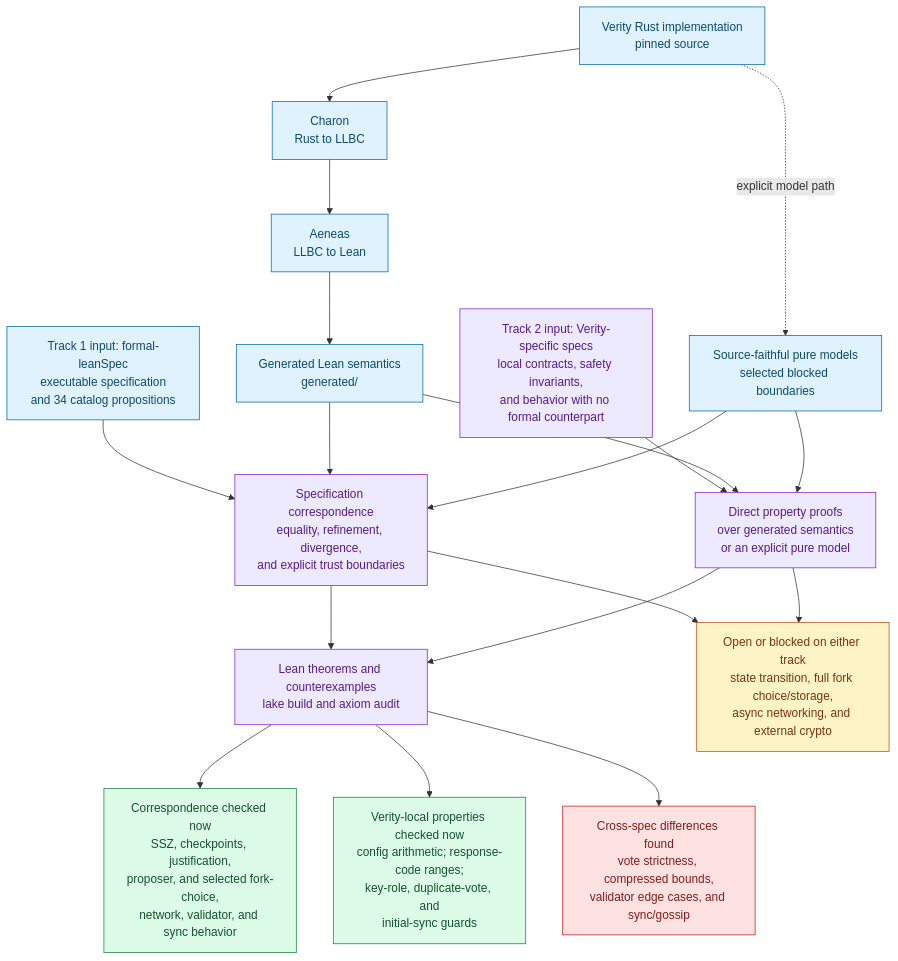
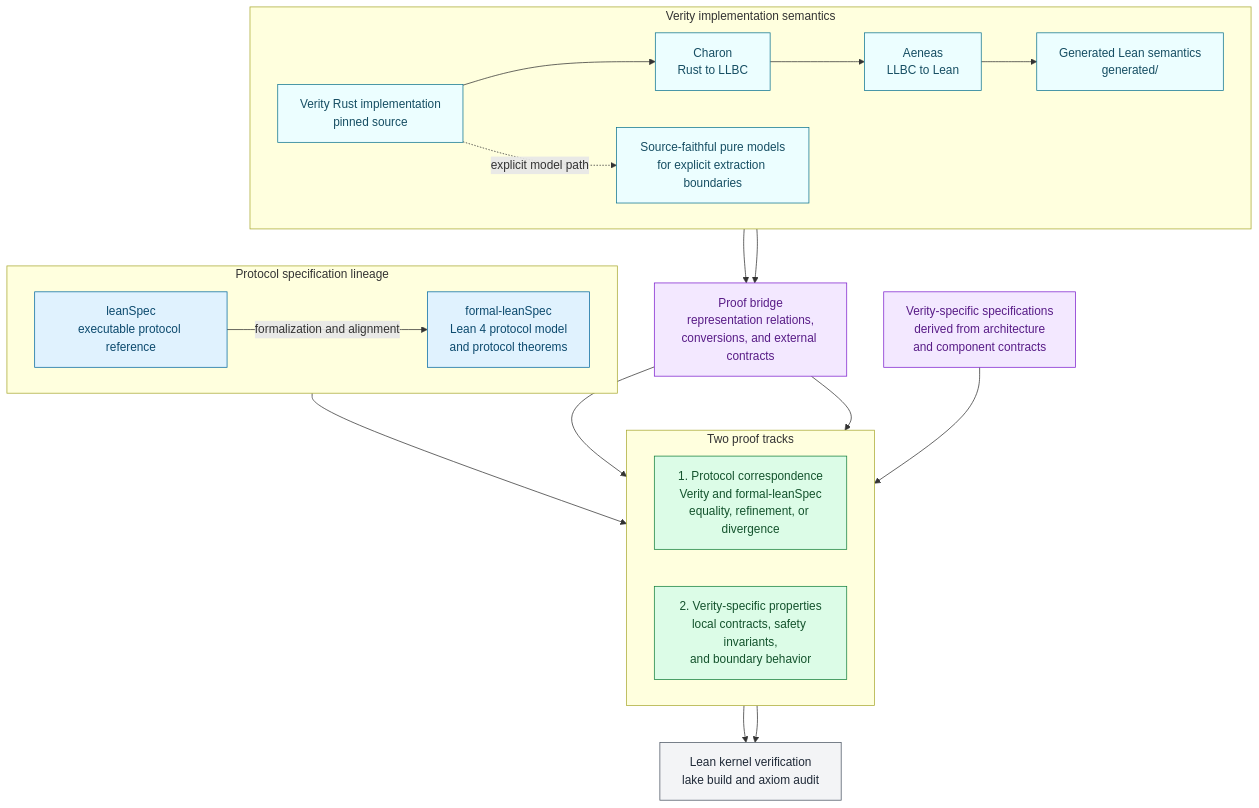
Before and after one commit to NyxFoundation/verity-aeneas-proofs: the diagram in README.md, drawn with Mermaid. The commit also changed other lines of this file, not shown here.

Commit message:
docs: restructure proof architecture diagram

````diff
--- a/README.md
+++ b/README.md
@@ -23,45 +23,50 @@
 ```mermaid
 flowchart TB
-    V["Verity Rust implementation<br/>pinned source"]
-    C["Charon<br/>Rust to LLBC"]
-    A["Aeneas<br/>LLBC to Lean"]
-    G["Generated Lean semantics<br/>generated/"]
-    M["Source-faithful pure models<br/>selected blocked boundaries"]
+    subgraph SPECS["Protocol specification lineage"]
+        direction LR
+        LS["leanSpec<br/>executable protocol reference"]
+        FLS["formal-leanSpec<br/>Lean 4 protocol model<br/>and protocol theorems"]
+        LS -->|"formalization and alignment"| FLS
+    end
 
-    V --> C --> A --> G
-    V -. "explicit model path" .-> M
+    subgraph IMPL["Verity implementation semantics"]
+        direction LR
+        V["Verity Rust implementation<br/>pinned source"]
+        C["Charon<br/>Rust to LLBC"]
+        A["Aeneas<br/>LLBC to Lean"]
+        G["Generated Lean semantics<br/>generated/"]
+        M["Source-faithful pure models<br/>for explicit extraction boundaries"]
+        V --> C --> A --> G
+        V -. "explicit model path" .-> M
+    end
 
-    S["Track 1 input: formal-leanSpec<br/>executable specification<br/>and 34 catalog propositions"]
-    X["Specification correspondence<br/>equality, refinement, divergence,<br/>and explicit trust boundaries"]
-    VS["Track 2 input: Verity-specific specs<br/>local contracts, safety invariants,<br/>and behavior with no formal counterpart"]
-    L["Direct property proofs<br/>over generated semantics<br/>or an explicit pure model"]
+    B["Proof bridge<br/>representation relations,<br/>conversions, and external contracts"]
+    G --> B
+    M --> B
 
-    S --> X
-    G --> X
-    M --> X
-    VS --> L
-    G --> L
-    M --> L
+    subgraph TRACKS["Two proof tracks"]
+        direction LR
+        T1["1. Protocol correspondence<br/>Verity and formal-leanSpec<br/>equality, refinement, or divergence"]
+        T2["2. Verity-specific properties<br/>local contracts, safety invariants,<br/>and boundary behavior"]
+    end
 
-    Q["Lean theorems and counterexamples<br/>lake build and axiom audit"]
-    X --> Q
-    L --> Q
+    FLS --> T1
+    B --> T1
+    VS["Verity-specific specifications<br/>derived from architecture<br/>and component contracts"] --> T2
+    B --> T2
 
-    Q --> CROSS["Correspondence checked now<br/>SSZ, checkpoints, justification,<br/>proposer, and selected fork-choice,<br/>network, validator, and sync behavior"]
-    Q --> LOCAL["Verity-local properties checked now<br/>config arithmetic; response-code ranges;<br/>key-role, duplicate-vote, and<br/>initial-sync guards"]
-    Q --> DIV["Cross-spec differences found<br/>vote strictness, compressed bounds,<br/>validator edge cases, and sync/gossip"]
-    X --> OPEN["Open or blocked on either track<br/>state transition, full fork choice/storage,<br/>async networking, and external crypto"]
-    L --> OPEN
+    T1 --> Q["Lean kernel verification<br/>lake build and axiom audit"]
+    T2 --> Q
 
-    classDef source fill:#e0f2fe,stroke:#0369a1,color:#0c4a6e
-    classDef proof fill:#ede9fe,stroke:#7e22ce,color:#581c87
-    classDef proved fill:#dcfce7,stroke:#15803d,color:#14532d
-    classDef partial fill:#fef3c7,stroke:#b45309,color:#78350f
-    classDef divergence fill:#fee2e2,stroke:#b91c1c,color:#7f1d1d
+    classDef reference fill:#e0f2fe,stroke:#0369a1,color:#0c4a6e
+    classDef implementation fill:#ecfeff,stroke:#0e7490,color:#164e63
+    classDef bridge fill:#f3e8ff,stroke:#7e22ce,color:#581c87
+    classDef track fill:#dcfce7,stroke:#15803d,color:#14532d
+    classDef check fill:#f3f4f6,stroke:#4b5563,color:#1f2937
 
-    class V,C,A,G,M,S source
-    class X,VS,L,Q proof
-    class CROSS,LOCAL proved
-    class OPEN partial
-    class DIV divergence
+    class LS,FLS reference
+    class V,C,A,G,M implementation
+    class B,VS bridge
+    class T1,T2 track
+    class Q check
 ```
````
